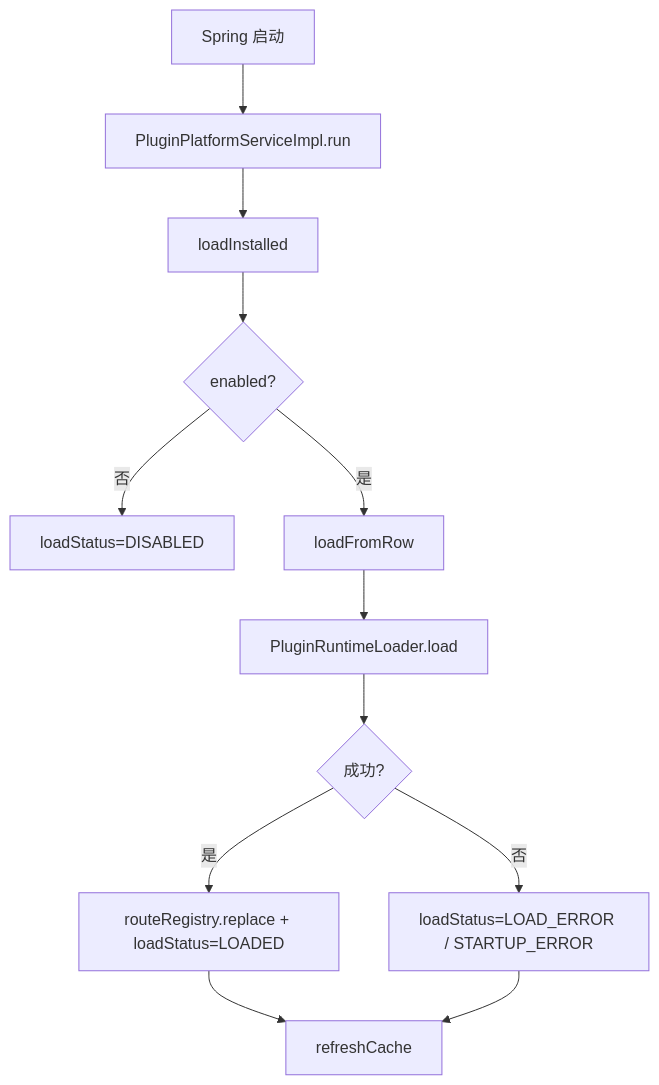
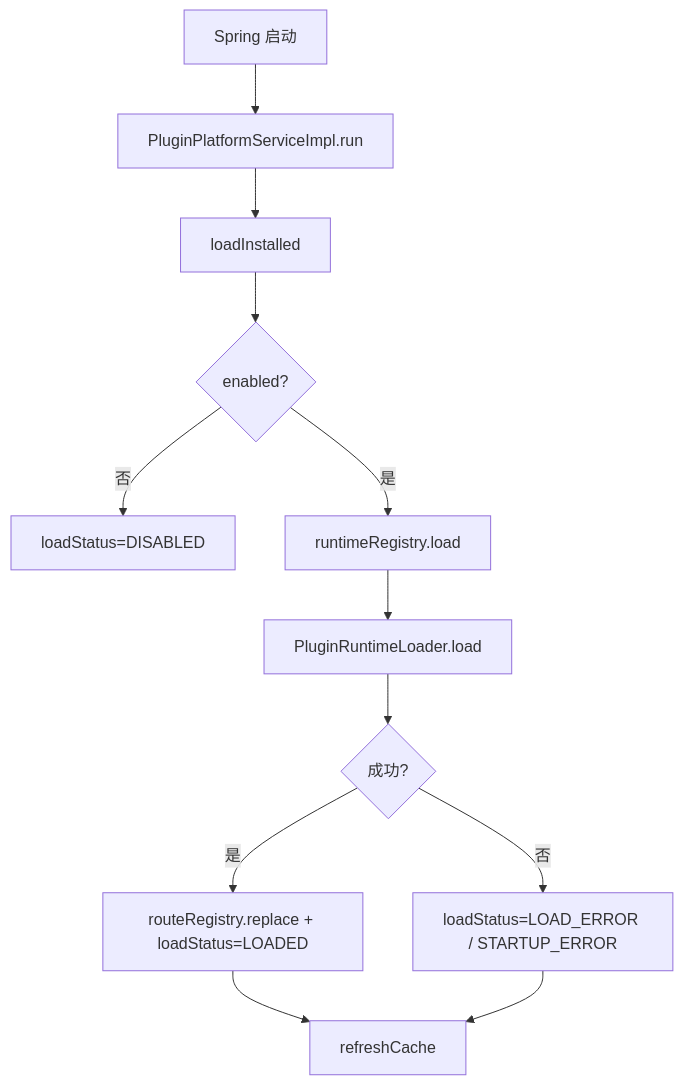
One commit to FatttSnake/api-management changed the fifth of 8 diagrams in docs/plugin-platform_zh.md. Above: the diagram before and after it, drawn with Mermaid. The commit also changed other lines of this file and 39 other files, not shown here.

````diff
--- a/docs/plugin-platform_zh.md
+++ b/docs/plugin-platform_zh.md
@@ -337,14 +334,14 @@
 ```mermaid
 flowchart TD
     A[Spring 启动] --> B[PluginPlatformServiceImpl.run]
     B --> C[loadInstalled]
     C --> D{enabled?}
     D -- 否 --> E[loadStatus=DISABLED]
-    D -- 是 --> F[loadFromRow]
+    D -- 是 --> F[runtimeRegistry.load]
     F --> G[PluginRuntimeLoader.load]
     G --> H{成功?}
     H -- 是 --> I[routeRegistry.replace + loadStatus=LOADED]
     H -- 否 --> J[loadStatus=LOAD_ERROR / STARTUP_ERROR]
     I --> K[refreshCache]
     J --> K
 ```
````
